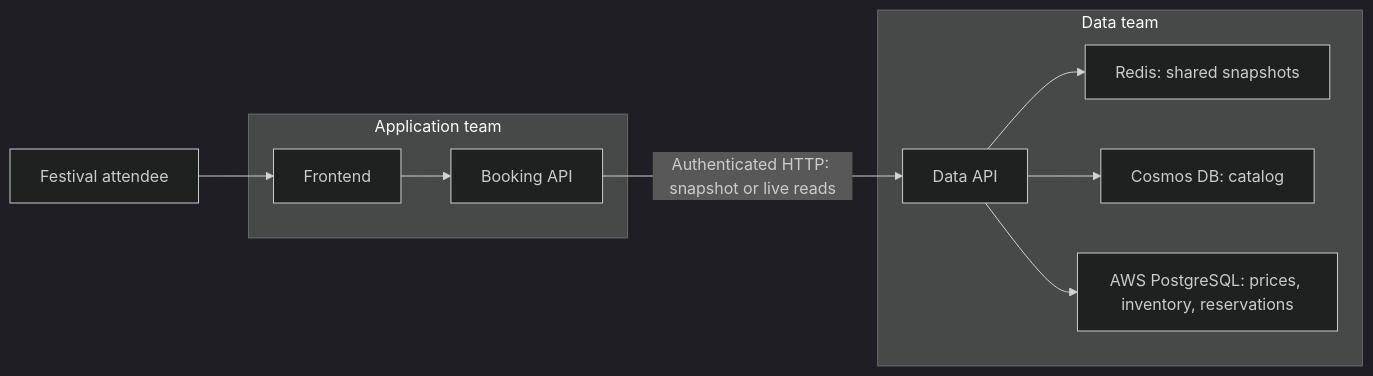
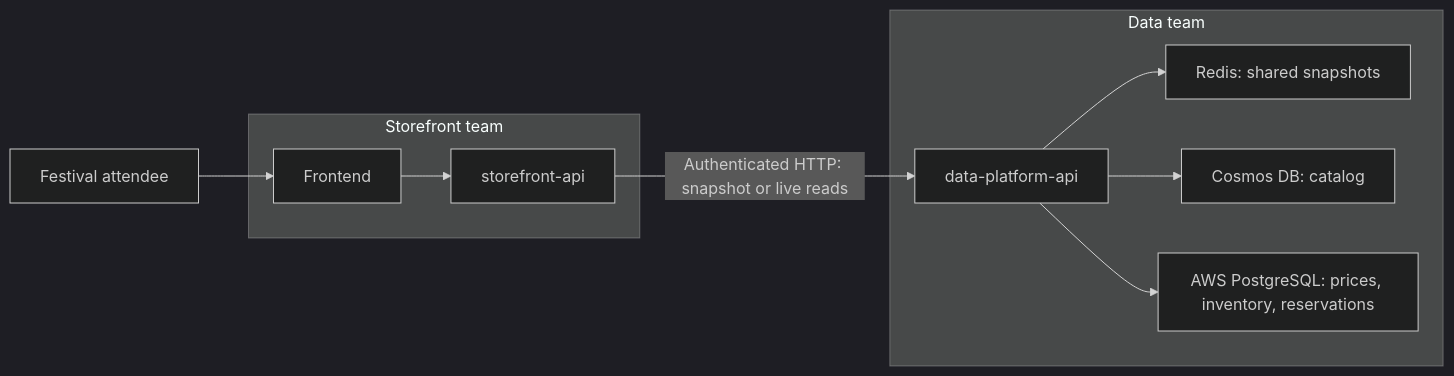
One commit to sanchitmehta/moonshot-concert changed the first of 2 diagrams in README.md. Above: the diagram before and after it, drawn with Mermaid (dark theme). The commit also changed other lines of this file and 11 other files, not shown here.

````diff
--- a/README.md
+++ b/README.md
@@ -181,19 +219,19 @@
 ```mermaid
 flowchart LR
     Browser["Festival attendee"] --> Frontend
-    subgraph App["Application team"]
+    subgraph App["Storefront team"]
         Frontend["Frontend"]
-        Booking["Booking API"]
+        Booking["storefront-api"]
         Frontend --> Booking
     end
     subgraph Data["Data team"]
-        API["Data API"]
+        API["data-platform-api"]
         Cache["Redis: shared snapshots"]
         Cosmos["Cosmos DB: catalog"]
         Postgres["AWS PostgreSQL: prices, inventory, reservations"]
         API --> Cache
         API --> Cosmos
         API --> Postgres
     end
     Booking -->|"Authenticated HTTP: snapshot or live reads"| API
 ```
````
